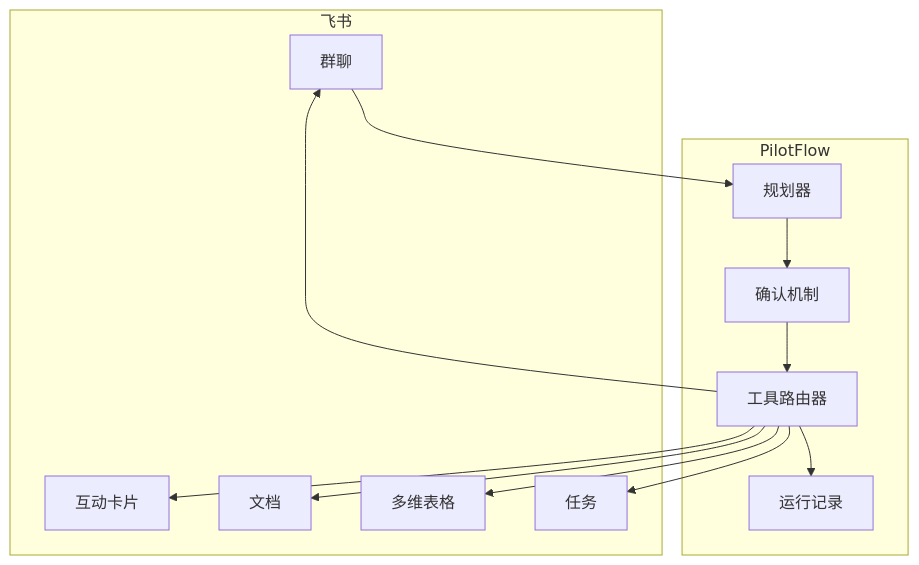
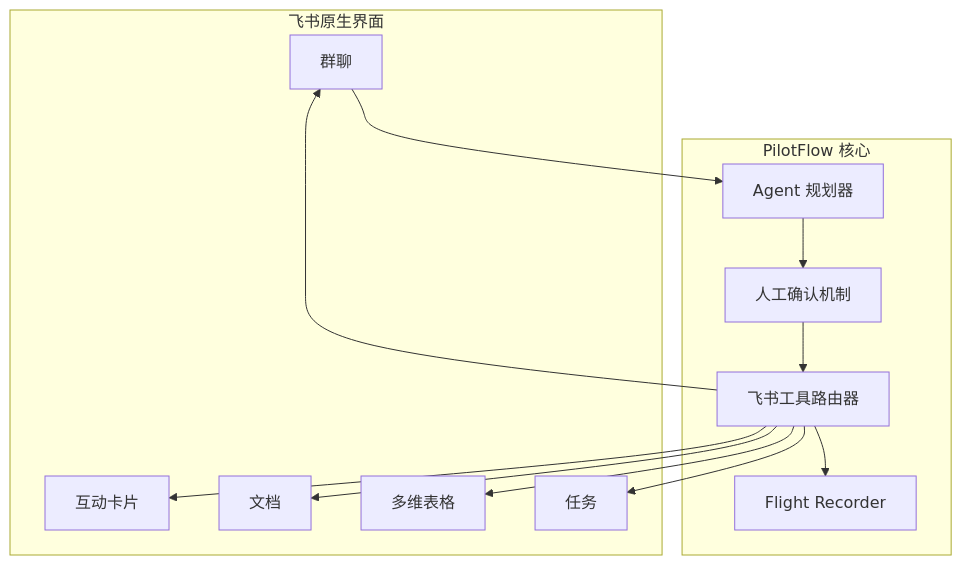
One commit to DeliciousBuding/pilot-flow changed the second of 2 diagrams in README.md. Above: the diagram before and after it, drawn with Mermaid. The commit also changed other lines of this file and 1 other file, not shown here.

First line of the commit message:
docs: restore product tone in README while keeping diagram fix

````diff
--- a/README.md
+++ b/README.md
@@ -85,27 +95,27 @@
 ```mermaid
 flowchart TB
-    subgraph "飞书"
+    subgraph "飞书原生界面"
         IM["群聊"]
         Card["互动卡片"]
         Doc["文档"]
         Base["多维表格"]
         Task["任务"]
     end
 
-    subgraph "PilotFlow"
-        Planner["规划器"]
-        Confirm["确认机制"]
-        Router["工具路由器"]
-        Recorder["运行记录"]
+    subgraph "PilotFlow 核心"
+        Planner["Agent 规划器"]
+        Confirm["人工确认机制"]
+        Router["飞书工具路由器"]
+        Recorder["Flight Recorder"]
     end
 
     IM --> Planner
     Planner --> Confirm
     Confirm --> Router
     Router --> Doc
     Router --> Base
     Router --> Task
     Router --> Card
     Router --> IM
     Router --> Recorder
 ```
````
